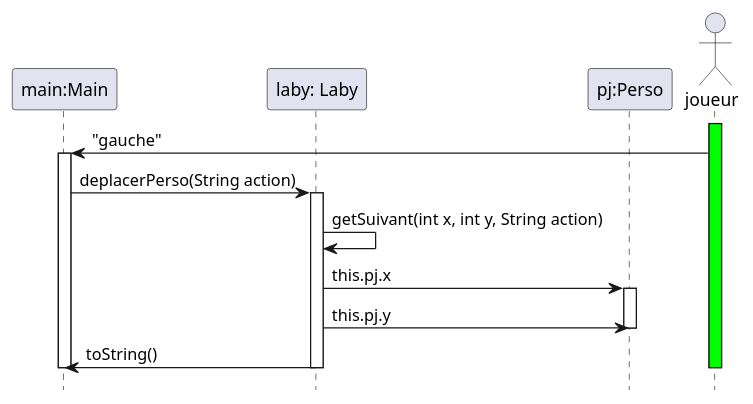
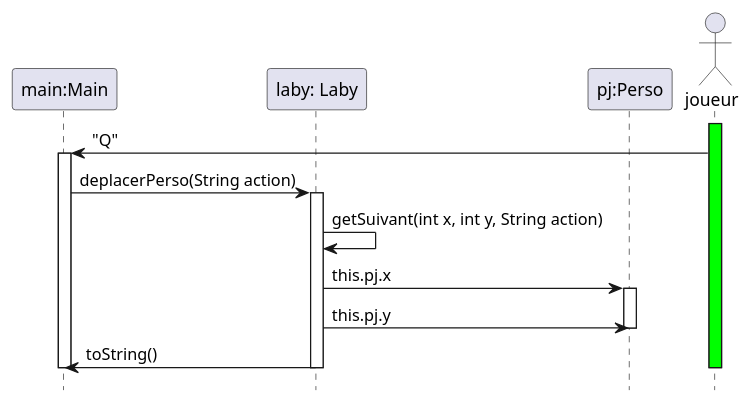
The diagram in documents/version_1/diagseq_laby_deplacement_gauche.puml (OoNeal/2022_zeldiablo_rionde8u_povoas1u_melchior25u_arnaud35u), drawn with PlantUML before and after one commit.

Commit message:
Modification du Diagramme de séquence diagseq_laby_deplacement_gauche.puml

```diff
--- a/documents/version_1/diagseq_laby_deplacement_gauche.puml
+++ b/documents/version_1/diagseq_laby_deplacement_gauche.puml
@@ -1,29 +1,29 @@
 @startuml
 hide footbox
 
 participant "main:Main" as m
 participant "laby: Laby" as l
 participant "pj:Perso" as p
 actor "joueur" as j
 
 activate j #00FF00
 
-j -> m : "gauche"
+j -> m : "Q"
 activate m
 
 m -> l : deplacerPerso(String action)
 activate l
 l -> l : getSuivant(int x, int y, String action)
 
 l -> p : this.pj.x
 activate p
 l -> p : this.pj.y
 deactivate p
 
 l -> m : toString()
 
 deactivate l
 deactivate m
 deactivate j
 
 @enduml
```
